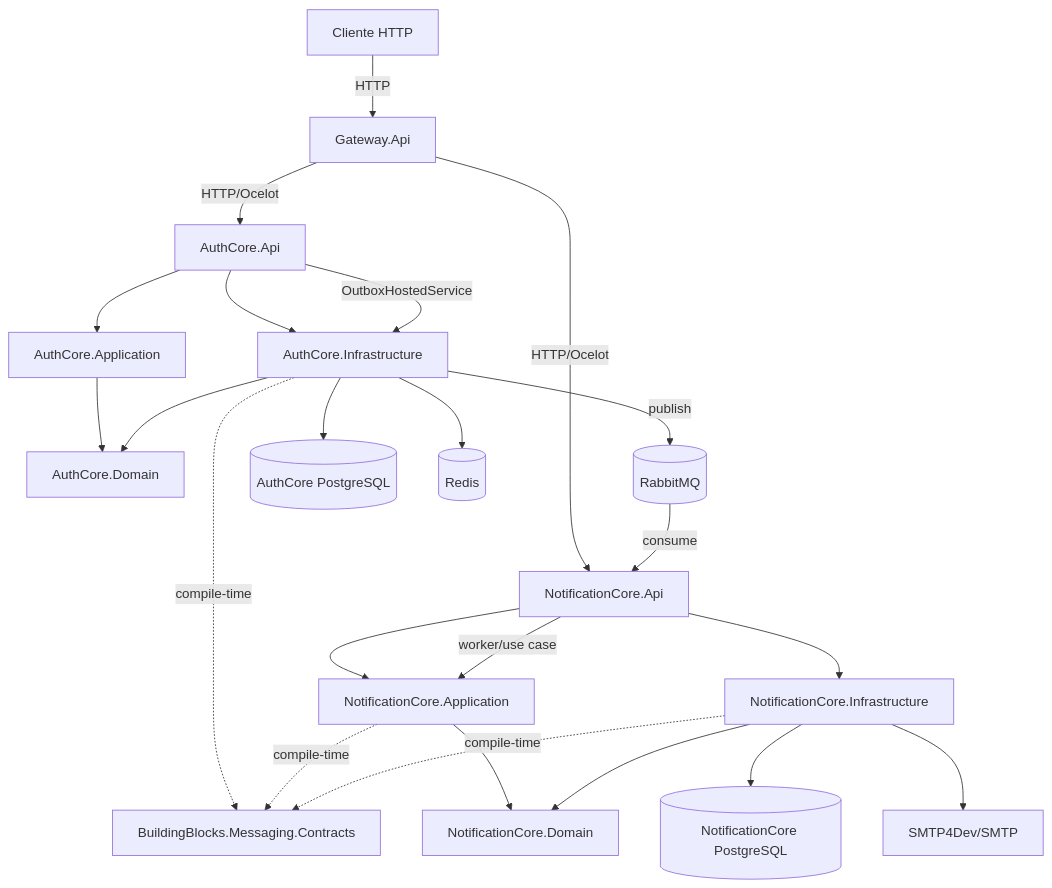
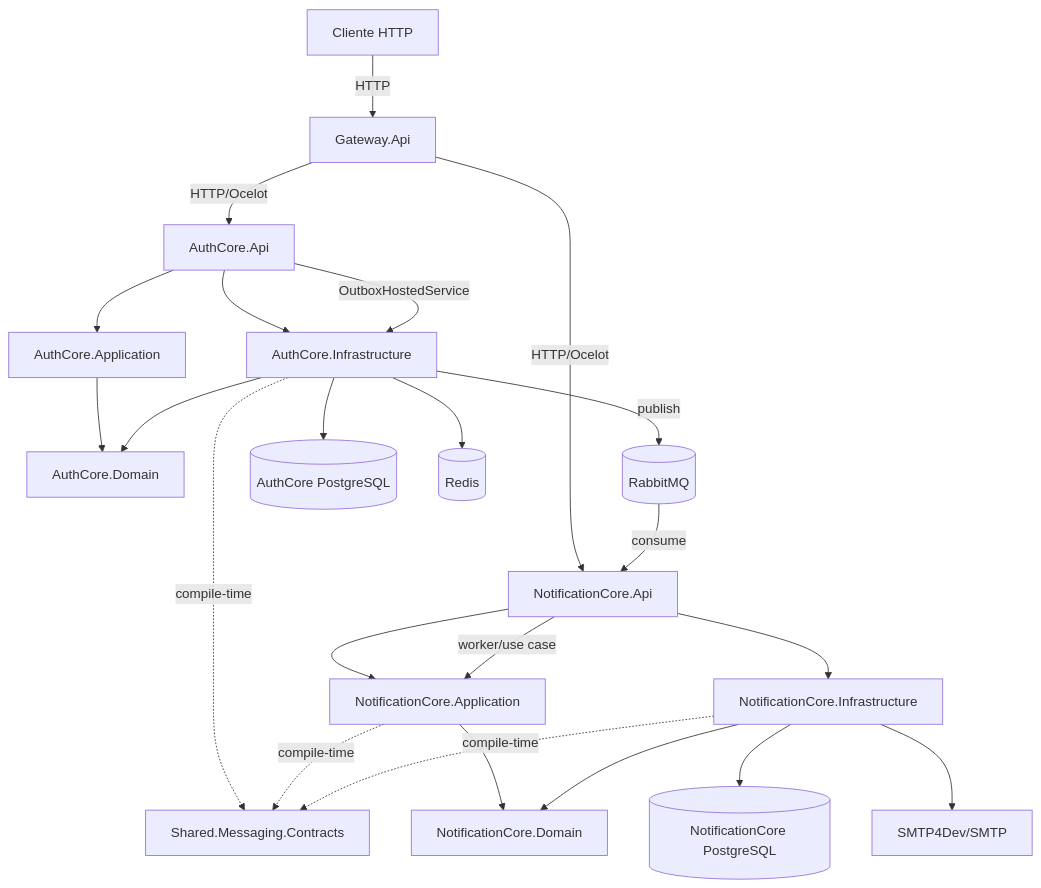
Before and after one commit to brunopsouz/auth-core-microservices: the diagram in README.md, drawn with Mermaid. The commit also changed other lines of this file and 34 other files, not shown here.

First line of the commit message:
refactor: rename BuildingBlocks.Messaging.Contracts to Shared.Messaging.Contracts

````diff
--- a/README.md
+++ b/README.md
@@ -78,31 +78,31 @@
 ```mermaid
 flowchart TD
     Client[Cliente HTTP] -->|HTTP| Gateway[Gateway.Api]
     Gateway -->|HTTP/Ocelot| AuthApi[AuthCore.Api]
     Gateway -->|HTTP/Ocelot| NotificationApi[NotificationCore.Api]
 
     AuthApi --> AuthApplication[AuthCore.Application]
     AuthApi --> AuthInfrastructure[AuthCore.Infrastructure]
     AuthApplication --> AuthDomain[AuthCore.Domain]
     AuthInfrastructure --> AuthDomain
 
     NotificationApi --> NotificationApplication[NotificationCore.Application]
     NotificationApi --> NotificationInfrastructure[NotificationCore.Infrastructure]
     NotificationApplication --> NotificationDomain[NotificationCore.Domain]
     NotificationInfrastructure --> NotificationDomain
 
-    AuthInfrastructure -. compile-time .-> Contracts[BuildingBlocks.Messaging.Contracts]
+    AuthInfrastructure -. compile-time .-> Contracts[Shared.Messaging.Contracts]
     NotificationApplication -. compile-time .-> Contracts
     NotificationInfrastructure -. compile-time .-> Contracts
 
     AuthApi -->|OutboxHostedService| AuthInfrastructure
     AuthInfrastructure -->|publish| RabbitMQ[(RabbitMQ)]
     RabbitMQ -->|consume| NotificationApi
     NotificationApi -->|worker/use case| NotificationApplication
 
     AuthInfrastructure --> AuthPostgres[(AuthCore PostgreSQL)]
     AuthInfrastructure --> Redis[(Redis)]
 
     NotificationInfrastructure --> NotificationPostgres[(NotificationCore PostgreSQL)]
     NotificationInfrastructure --> SMTP[SMTP4Dev/SMTP]
 ```
````
